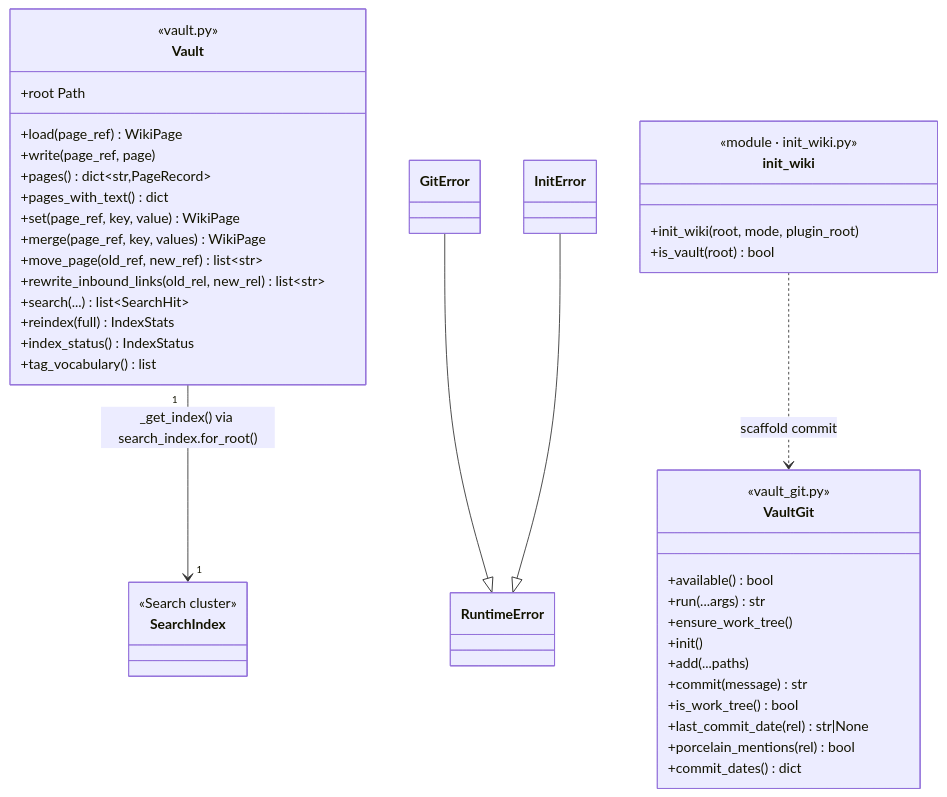
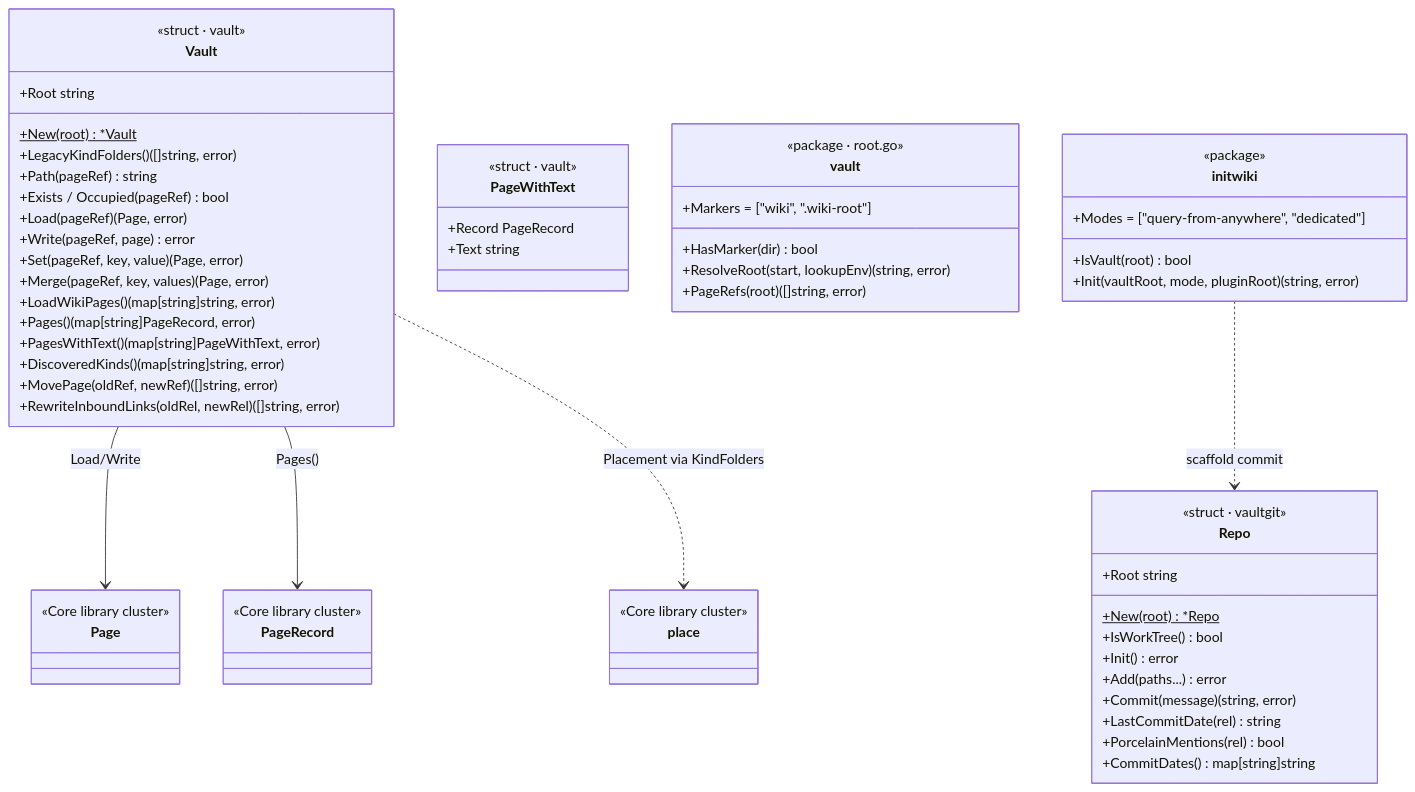
One commit to dhague/enchiridion changed the fourth of 9 diagrams in docs/architecture.md. Above: the diagram before and after it, drawn with Mermaid. The commit also changed other lines of this file and 1 other file, not shown here.

Commit message:
Redraw docs/architecture.md natively for Go (#191)

````diff
--- a/docs/architecture.md
+++ b/docs/architecture.md
@@ -183,47 +226,65 @@
 ```mermaid
 classDiagram
     class Vault {
-        <<vault.py>>
-        +root Path
-        +load(page_ref) WikiPage
-        +write(page_ref, page)
-        +pages() dict~str,PageRecord~
-        +pages_with_text() dict
-        +set(page_ref, key, value) WikiPage
-        +merge(page_ref, key, values) WikiPage
-        +move_page(old_ref, new_ref) list~str~
-        +rewrite_inbound_links(old_rel, new_rel) list~str~
-        +search(...) list~SearchHit~
-        +reindex(full) IndexStats
-        +index_status() IndexStatus
-        +tag_vocabulary() list
+        <<struct · vault>>
+        +Root string
+        +New(root)$ *Vault
+        +LegacyKindFolders() ([]string, error)
+        +Path(pageRef) string
+        +Exists / Occupied(pageRef) bool
+        +Load(pageRef) (Page, error)
+        +Write(pageRef, page) error
+        +Set(pageRef, key, value) (Page, error)
+        +Merge(pageRef, key, values) (Page, error)
+        +LoadWikiPages() (map[string]string, error)
+        +Pages() (map[string]PageRecord, error)
+        +PagesWithText() (map[string]PageWithText, error)
+        +DiscoveredKinds() (map[string]string, error)
+        +MovePage(oldRef, newRef) ([]string, error)
+        +RewriteInboundLinks(oldRel, newRel) ([]string, error)
     }
-    class VaultGit {
-        <<vault_git.py>>
-        +available() bool
-        +run(...args) str
-        +ensure_work_tree()
-        +init()
-        +add(...paths)
-        +commit(message) str
-        +is_work_tree() bool
-        +last_commit_date(rel) str|None
-        +porcelain_mentions(rel) bool
-        +commit_dates() dict
+    class PageWithText {
+        <<struct · vault>>
+        +Record PageRecord
+        +Text string
     }
-    class GitError
-    class InitError
-    class init_wiki {
-        <<module · init_wiki.py>>
-        +init_wiki(root, mode, plugin_root)
-        +is_vault(root) bool
+    class vault {
+        <<package · root.go>>
+        +Markers = ["wiki", ".wiki-root"]
+        +HasMarker(dir) bool
+        +ResolveRoot(start, lookupEnv) (string, error)
+        +PageRefs(root) ([]string, error)
     }
-    class SearchIndex {
-        <<Search cluster>>
+    class Repo {
+        <<struct · vaultgit>>
+        +Root string
+        +New(root)$ *Repo
+        +IsWorkTree() bool
+        +Init() error
+        +Add(paths...) error
+        +Commit(message) (string, error)
+        +LastCommitDate(rel) string
+        +PorcelainMentions(rel) bool
+        +CommitDates() map[string]string
+    }
+    class initwiki {
+        <<package>>
+        +Modes = ["query-from-anywhere", "dedicated"]
+        +IsVault(root) bool
+        +Init(vaultRoot, mode, pluginRoot) (string, error)
+    }
+    class PageRecord {
+        <<Core library cluster>>
+    }
+    class Page {
+        <<Core library cluster>>
+    }
+    class place {
+        <<Core library cluster>>
     }
 
-    GitError --|> RuntimeError
-    InitError --|> RuntimeError
-    init_wiki ..> VaultGit : scaffold commit
-    Vault "1" --> "1" SearchIndex : _get_index() via search_index.for_root()
+    Vault --> Page : Load/Write
+    Vault --> PageRecord : Pages()
+    Vault ..> place : Placement via KindFolders
+    initwiki ..> Repo : scaffold commit
 ```
````
